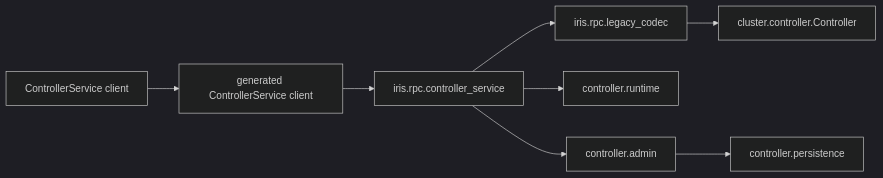
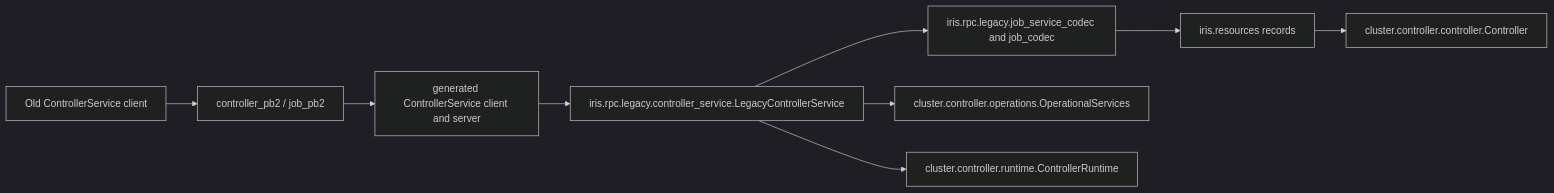
The second of 5 diagrams in lib/iris/docs/architecture.md (marin-community/marin), drawn with Mermaid (dark theme) before and after one commit. The commit also changed other lines of this file and 130 other files, not shown here.

Commit message:
[iris] Make controller internals resource-native

````diff
--- a/lib/iris/docs/architecture.md
+++ b/lib/iris/docs/architecture.md
@@ -35,10 +43,11 @@
 ```mermaid
 flowchart LR
-    OldClient[ControllerService client] --> OldStub[generated ControllerService client]
-    OldStub --> Adapter[iris.rpc.controller_service]
-    Adapter --> Codec[iris.rpc.legacy_codec]
-    Codec --> Controller[cluster.controller.Controller]
-    Adapter --> Runtime[controller.runtime]
-    Adapter --> Admin[controller.admin]
-    Admin --> Persistence[controller.persistence]
+    OldClient[Old ControllerService client] --> OldWire[controller_pb2 / job_pb2]
+    OldWire --> Generated[generated ControllerService client and server]
+    Generated --> Legacy[iris.rpc.legacy.controller_service.LegacyControllerService]
+    Legacy --> LegacyCodec[iris.rpc.legacy.job_service_codec and job_codec]
+    LegacyCodec --> Native[iris.resources records]
+    Native --> Controller[cluster.controller.controller.Controller]
+    Legacy --> Ops[cluster.controller.operations.OperationalServices]
+    Legacy --> Runtime[cluster.controller.runtime.ControllerRuntime]
 ```
````
